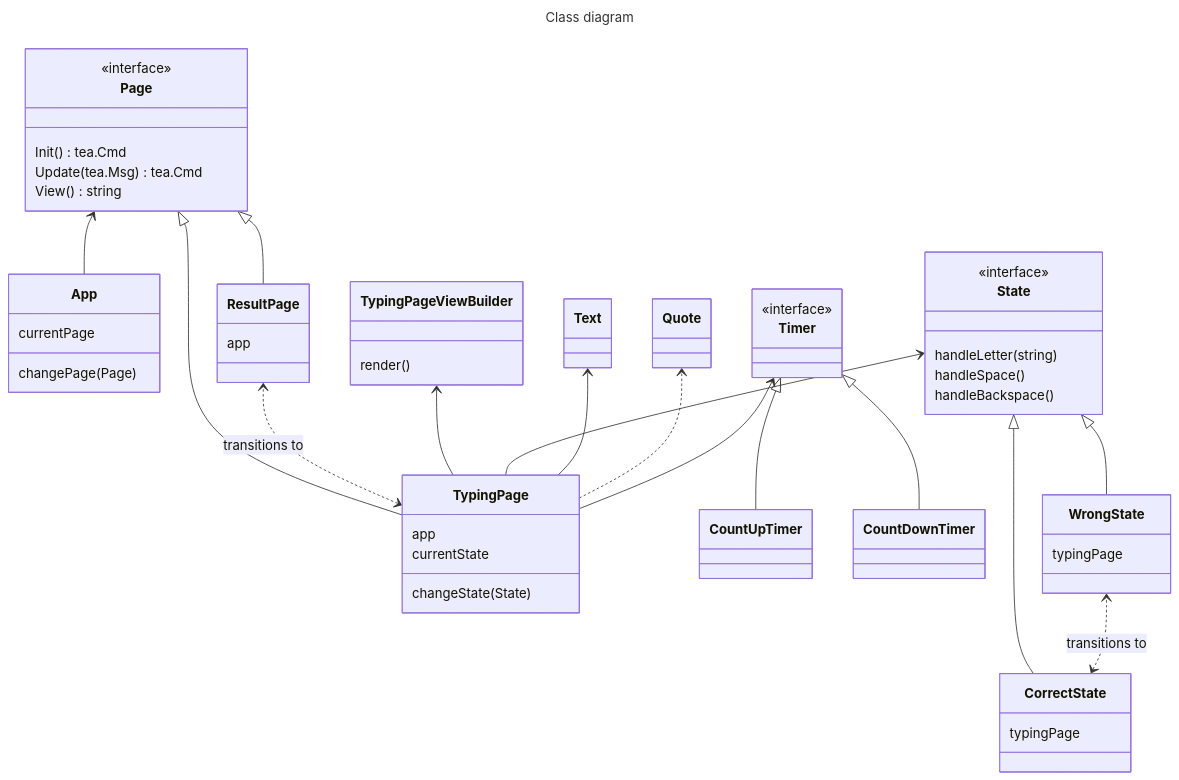
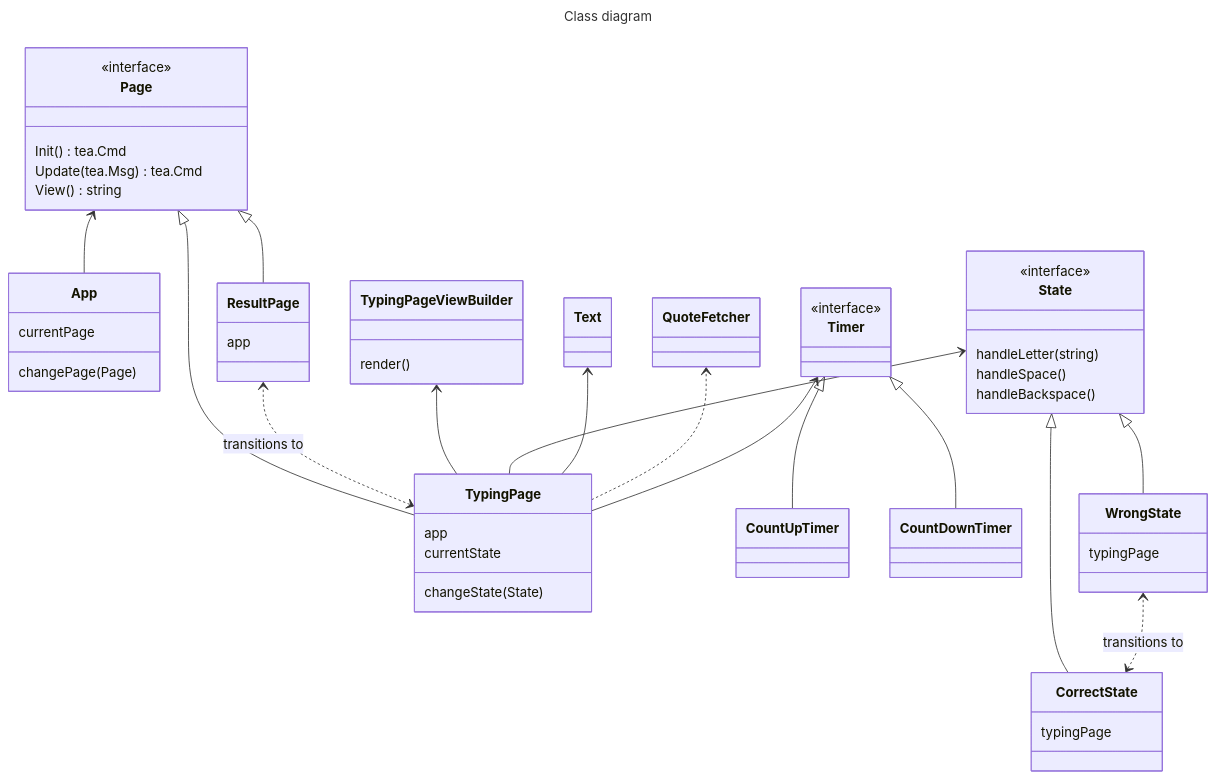
The diagram in diagram.md (hofman-tan/type-chan), drawn with Mermaid before and after one commit. The commit also changed 4 other files, not shown here.

````diff
--- a/diagram.md
+++ b/diagram.md
@@ -1,74 +1,74 @@
 ```mermaid
 ---
 title: Class diagram
 ---
 classDiagram
     direction BT
     class App {
       currentPage
       changePage(Page)
     }
 
     class Page {
       <<interface>>
 
       Init() tea.Cmd
       Update(tea.Msg) tea.Cmd
       View() string
     }
     class TypingPage {
       app
       currentState
       changeState(State)
     }
     class Text {
     }
     class TypingPageViewBuilder {
       render()
     }
     class ResultPage{
       app
     }
     
-    class Quote {
+    class QuoteFetcher {
     }
 
     class Timer {
       <<interface>>
     }
     class CountUpTimer {
     }
     class CountDownTimer {
     }
 
     class State {
       <<interface>> 
 
       handleLetter(string)
       handleSpace()
       handleBackspace()
     }
     class CorrectState {
       typingPage
     }
     class WrongState {
       typingPage
     }
 
     App --> Page
     TypingPage --|> Page
     ResultPage --|> Page
     TypingPage <..> ResultPage : transitions to
     TypingPage --> TypingPageViewBuilder
 
     TypingPage --> State
     CorrectState --|> State
     WrongState --|> State
     CorrectState <..> WrongState : transitions to
 
     TypingPage --> Text
-    TypingPage ..> Quote
+    TypingPage ..> QuoteFetcher
     TypingPage --> Timer
     CountUpTimer --|> Timer
     CountDownTimer --|> Timer
 ```
````
